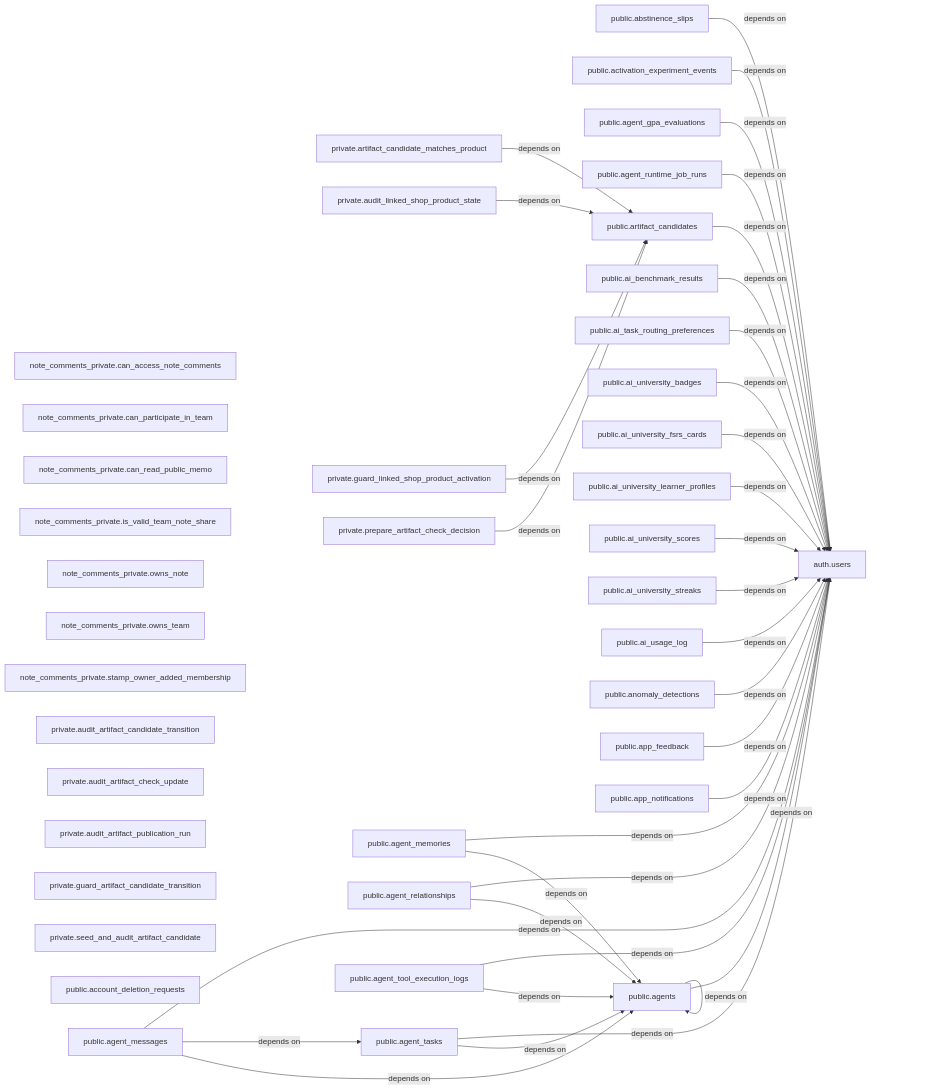
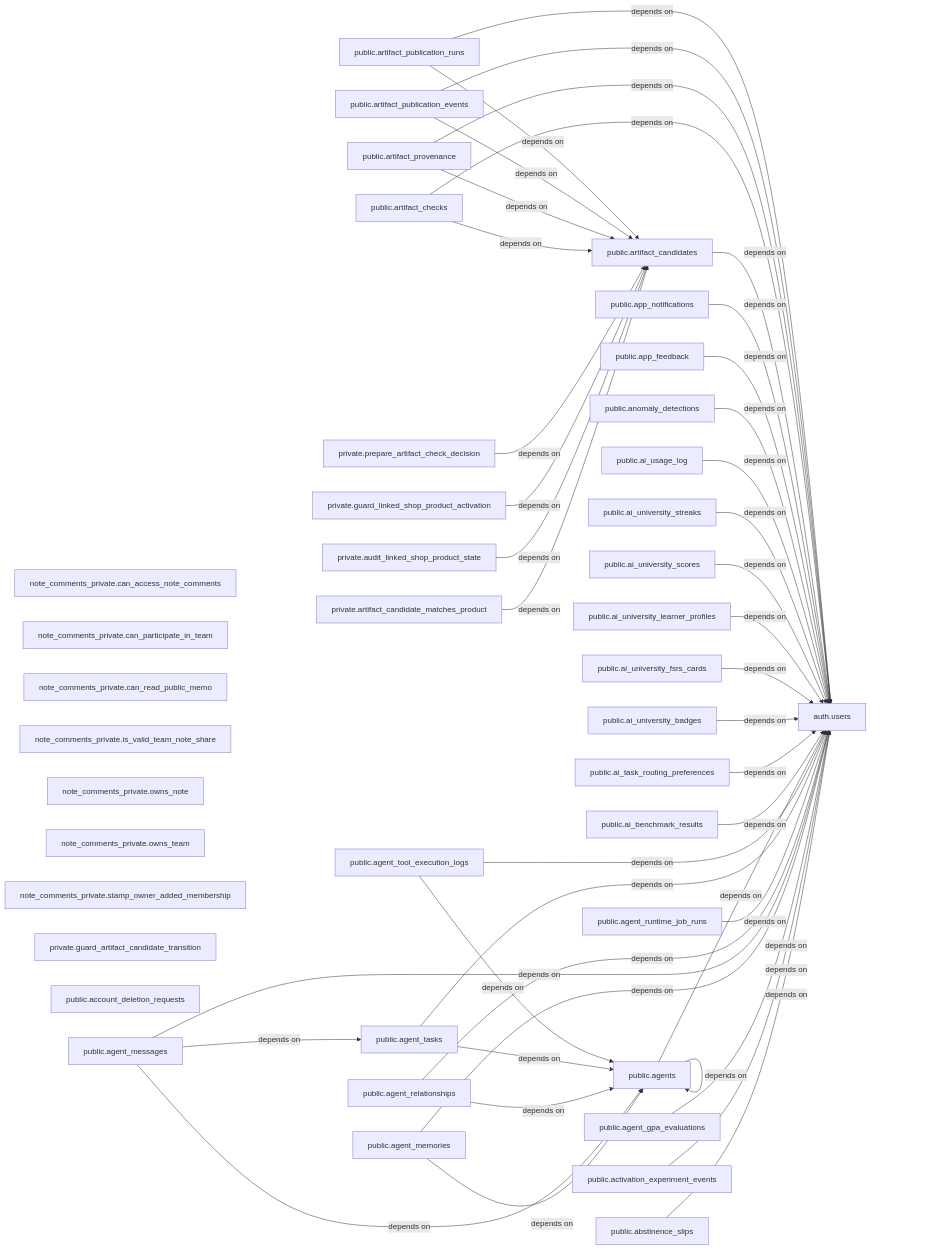
The second of 2 diagrams in docs/generated/INFRASTRUCTURE_MAP.md (kanta13jp1/my_web_app), drawn with Mermaid before and after one commit. The commit also changed other lines of this file and 17 other files, not shown here.

````diff
--- a/docs/generated/INFRASTRUCTURE_MAP.md
+++ b/docs/generated/INFRASTRUCTURE_MAP.md
@@ -33,14 +33,10 @@
   r_a0397d99b8["note_comments_private.owns_team"]
   r_2e9cd17c5c["note_comments_private.stamp_owner_added_membership"]
   r_8191971c00["private.artifact_candidate_matches_product"]
-  r_b78b9fa552["private.audit_artifact_candidate_transition"]
-  r_533aecb227["private.audit_artifact_check_update"]
-  r_1b60367291["private.audit_artifact_publication_run"]
   r_e1862b1f50["private.audit_linked_shop_product_state"]
   r_5a323ff113["private.guard_artifact_candidate_transition"]
   r_f6277383c4["private.guard_linked_shop_product_activation"]
   r_c5201230ed["private.prepare_artifact_check_decision"]
-  r_f9ded1e513["private.seed_and_audit_artifact_candidate"]
   r_329fe13cab["public.abstinence_slips"]
   r_bd4cf2048e["public.account_deletion_requests"]
   r_baad80ddc1["public.activation_experiment_events"]
@@ -64,6 +60,10 @@
   r_a2045d8df2["public.app_feedback"]
   r_c1e424ba6e["public.app_notifications"]
   r_6ad0ab9cb0["public.artifact_candidates"]
+  r_23a971d919["public.artifact_checks"]
+  r_c8ec778b05["public.artifact_provenance"]
+  r_ca76b38abc["public.artifact_publication_events"]
+  r_6497873395["public.artifact_publication_runs"]
   r_8191971c00 -->|depends on| r_6ad0ab9cb0
   r_e1862b1f50 -->|depends on| r_6ad0ab9cb0
   r_f6277383c4 -->|depends on| r_6ad0ab9cb0
@@ -97,4 +97,12 @@
   r_a2045d8df2 -->|depends on| r_83903ee32b
   r_c1e424ba6e -->|depends on| r_83903ee32b
   r_6ad0ab9cb0 -->|depends on| r_83903ee32b
+  r_23a971d919 -->|depends on| r_83903ee32b
+  r_23a971d919 -->|depends on| r_6ad0ab9cb0
+  r_c8ec778b05 -->|depends on| r_83903ee32b
+  r_c8ec778b05 -->|depends on| r_6ad0ab9cb0
+  r_ca76b38abc -->|depends on| r_83903ee32b
+  r_ca76b38abc -->|depends on| r_6ad0ab9cb0
+  r_6497873395 -->|depends on| r_83903ee32b
+  r_6497873395 -->|depends on| r_6ad0ab9cb0
 ```
````
